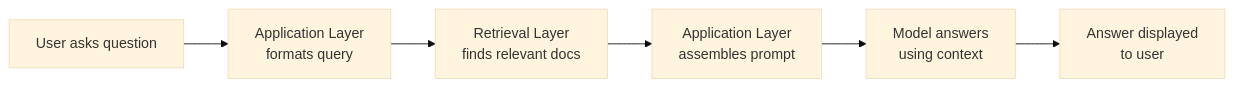
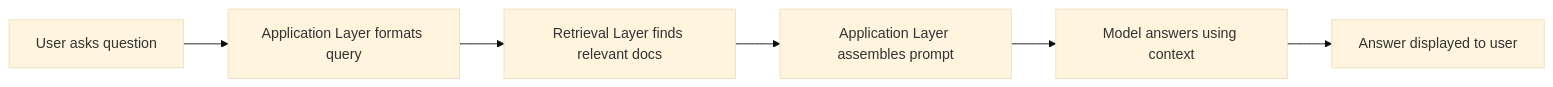
Before and after one commit to mjac-yue/ai-architecture-for-pms: the third of 4 diagrams in module-06-ai-product-stack.md, drawn with Mermaid (base theme). The commit also changed other lines of this file and 15 other files, not shown here.

First line of the commit message:
Remove HTML tags from Mermaid node labels for Obsidian compatibility

````diff
--- a/module-06-ai-product-stack.md
+++ b/module-06-ai-product-stack.md
@@ -114,8 +114,8 @@
 ```mermaid
 flowchart LR
-    A["User asks question"] --> B["Application Layer<br>formats query"]
-    B --> C["Retrieval Layer<br>finds relevant docs"]
-    C --> D["Application Layer<br>assembles prompt"]
-    D --> E["Model answers<br>using context"]
-    E --> F["Answer displayed<br>to user"]
+    A["User asks question"] --> B["Application Layer formats query"]
+    B --> C["Retrieval Layer finds relevant docs"]
+    C --> D["Application Layer assembles prompt"]
+    D --> E["Model answers using context"]
+    E --> F["Answer displayed to user"]
 ```
````
